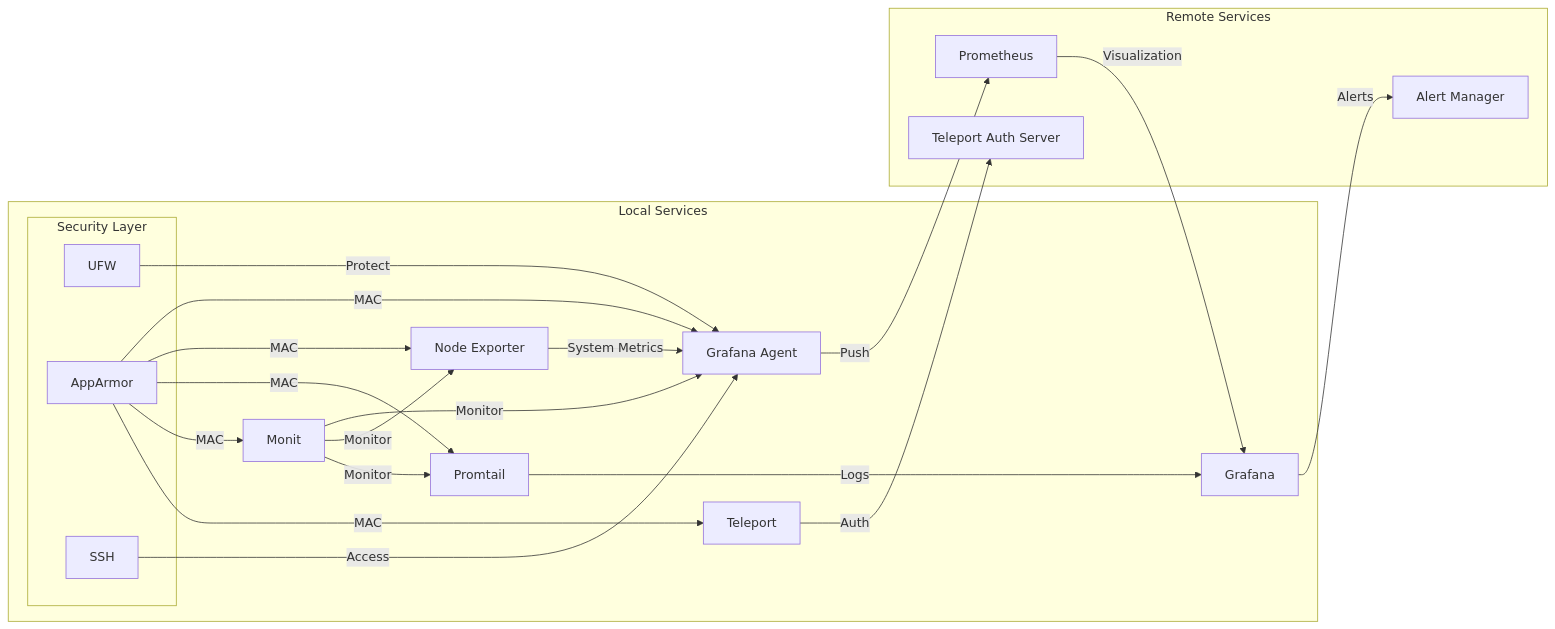
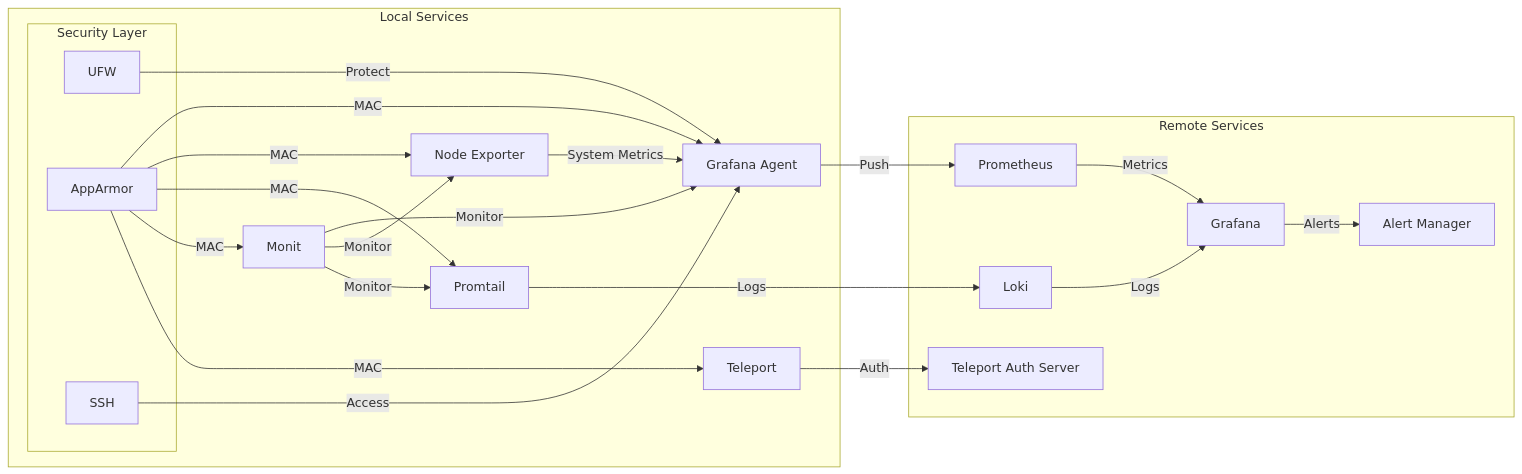
Before and after one commit to pampatzoglou/provision-validators: the second of 2 diagrams in roles/admin/README.md, drawn with Mermaid. The commit also changed 2 other files, not shown here.

Commit message:
update README files

````diff
--- a/roles/admin/README.md
+++ b/roles/admin/README.md
@@ -249,39 +249,42 @@
 ```mermaid
 graph LR
     subgraph Local Services
         A[Grafana Agent]
         B[Node Exporter]
-        C[Promtail] --> |Logs| I[Grafana]
+        C[Promtail]
         D[Monit] --> |Monitor| A
         D --> |Monitor| B
         D --> |Monitor| C
         T[Teleport]
         
         subgraph Security Layer
             E[UFW]
             F[AppArmor]
             G[SSH]
         end
     end
 
     subgraph Remote Services
         H[Prometheus]
         I[Grafana]
-        J[Alert Manager]
-        K[Teleport Auth Server]
+        J[Loki]
+        K[Alert Manager]
+        L[Teleport Auth Server]
     end
 
     B --> |System Metrics| A
+    C --> |Logs| J
     A --> |Push| H
-    H --> |Visualization| I
-    I --> |Alerts| J
-    T --> |Auth| K
+    H --> |Metrics| I
+    J --> |Logs| I
+    I --> |Alerts| K
+    T --> |Auth| L
 
     E --> |Protect| A
     F --> |MAC| A
     F --> |MAC| B
     F --> |MAC| C
     F --> |MAC| D
     F --> |MAC| T
     G --> |Access| A
 ```
````
